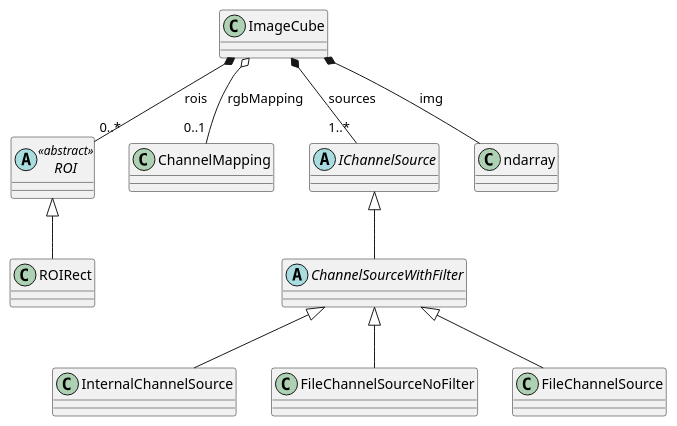
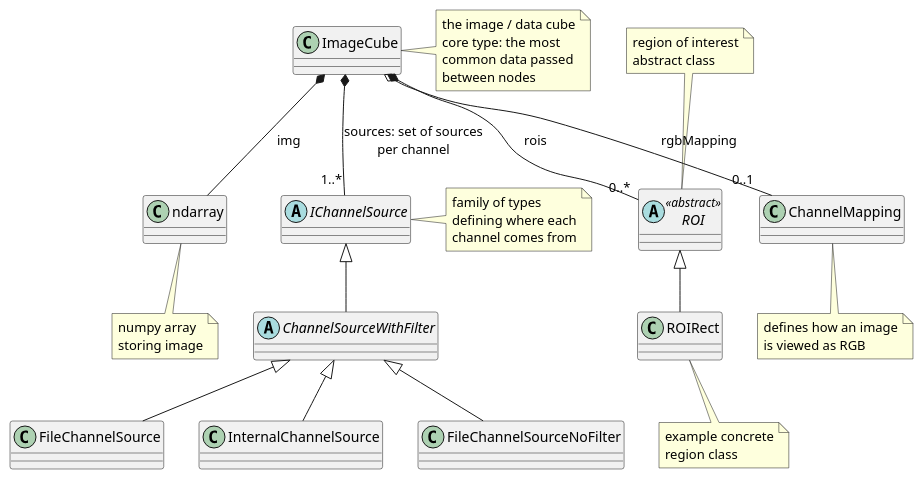
One commit to AU-ExoMars/PCOT changed the diagram in docs/image.plantuml. Above: the diagram before and after it, drawn with PlantUML. The commit also changed 7 other files, not shown here.

```diff
--- a/docs/image.plantuml
+++ b/docs/image.plantuml
@@ -1,35 +1,64 @@
 @startuml
 skinparam classAttributeIconSize 0
 
 abstract class ROI <<abstract>> {
 }
 
+note top of ROI
+region of interest
+abstract class
+end note
+
 class ROIRect extends ROI {
 }
+note bottom of ROIRect
+example concrete
+region class
+end note
 
 class ChannelMapping {
 }
+note bottom of ChannelMapping
+defines how an image
+is viewed as RGB
+end note
 
 abstract class IChannelSource {
 }
+note right of IChannelSource
+family of types
+defining where each
+channel comes from
+end note
+
 abstract class ChannelSourceWithFilter extends IChannelSource {
 }
 class InternalChannelSource extends ChannelSourceWithFilter {
 }
 class FileChannelSourceNoFilter extends ChannelSourceWithFilter {
 }
 class FileChannelSource extends ChannelSourceWithFilter {
 }
 
 
 
 class ImageCube {
 }
+note right of ImageCube
+the image / data cube
+core type: the most
+common data passed
+between nodes
+end note
 
-ImageCube *-- "1..*" IChannelSource: sources
+ImageCube *-- "1..*" IChannelSource: "sources: set of sources\nper channel"
 ImageCube o-- "0..1" ChannelMapping: rgbMapping
 ImageCube *-- ndarray : img
 ImageCube *-- "0..*" ROI : rois
 
+note bottom of ndarray
+numpy array 
+storing image
+end note
 
 @enduml
```
